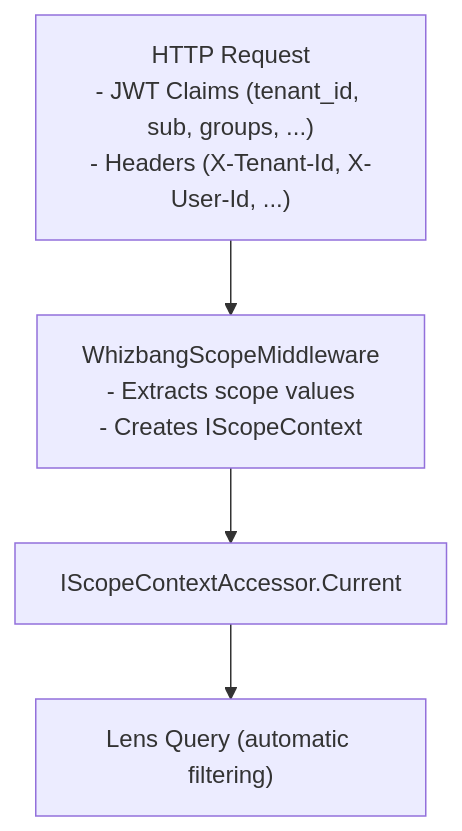
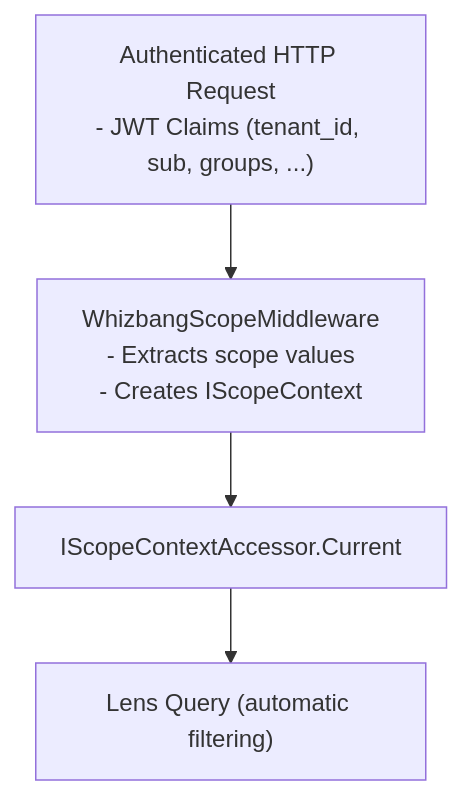
The diagram in src/assets/docs/v1.0.0/apis/graphql/scoping.md (whizbang-lib/whizbang-lib.github.io), drawn with Mermaid before and after one commit. The commit also changed other lines of this file and 5 other files, not shown here.

First line of the commit message:
docs(security): scope identity comes from the authenticated principal; headers are opt-in

````diff
--- a/src/assets/docs/v1.0.0/apis/graphql/scoping.md
+++ b/src/assets/docs/v1.0.0/apis/graphql/scoping.md
@@ -34,9 +34,9 @@
 ```mermaid{caption="HTTP request reaches WhizbangScopeMiddleware, which extracts scope values into an IScopeContext, sets IScopeContextAccessor.Current, and propagates it into lens query filtering" tests=["WhizbangScopeMiddlewareTests.InvokeAsync_ShouldSetScopeContextOnAccessorAsync", "WhizbangScopeMiddlewareTests.InvokeAsync_ImmutableScopeContext_ShouldPropagateAsync"]}
 flowchart TD
-    Request["HTTP Request<br/>- JWT Claims (tenant_id, sub, groups, ...)<br/>- Headers (X-Tenant-Id, X-User-Id, ...)"]
+    Request["Authenticated HTTP Request<br/>- JWT Claims (tenant_id, sub, groups, ...)"]
     Middleware["WhizbangScopeMiddleware<br/>- Extracts scope values<br/>- Creates IScopeContext"]
     Accessor["IScopeContextAccessor.Current"]
     Lens["Lens Query (automatic filtering)"]
 
     Request --> Middleware --> Accessor --> Lens
 ```
````
